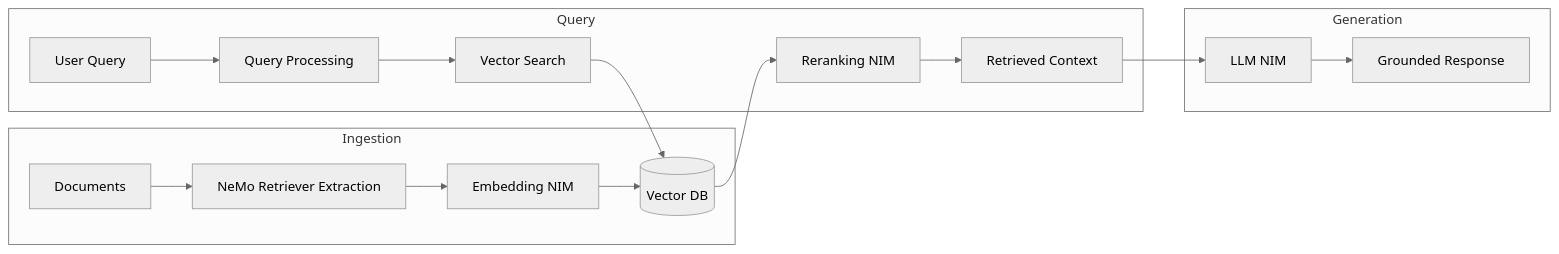
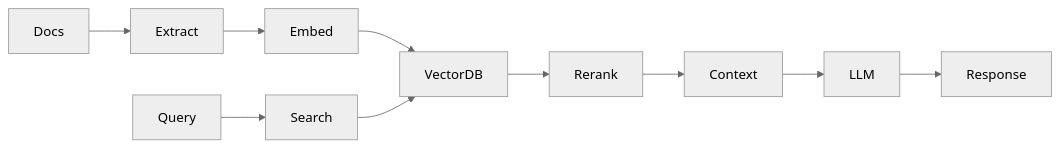
One commit to caser-legal/nvidia-cli changed the fourth of 5 diagrams in README.md. Above: the diagram before and after it, drawn with Mermaid (neutral theme). The commit also changed other lines of this file and 5 other files, not shown here.

````diff
--- a/README.md
+++ b/README.md
@@ -521,21 +407,6 @@
 ```mermaid
 flowchart LR
-    subgraph Ingestion
-        Docs[Documents] --> Extract[NeMo Retriever Extraction]
-        Extract --> Embed[Embedding NIM]
-        Embed --> VectorDB[(Vector DB)]
-    end
-    
-    subgraph Query
-        User[User Query] --> QueryProc[Query Processing]
-        QueryProc --> Search[Vector Search]
-        Search --> VectorDB
-        VectorDB --> Rerank[Reranking NIM]
-        Rerank --> Context[Retrieved Context]
-    end
-    
-    subgraph Generation
-        Context --> LLM[LLM NIM]
-        LLM --> Response[Grounded Response]
-    end
+    Docs --> Extract --> Embed --> VectorDB
+    Query --> Search --> VectorDB
+    VectorDB --> Rerank --> Context --> LLM --> Response
 ```
````
